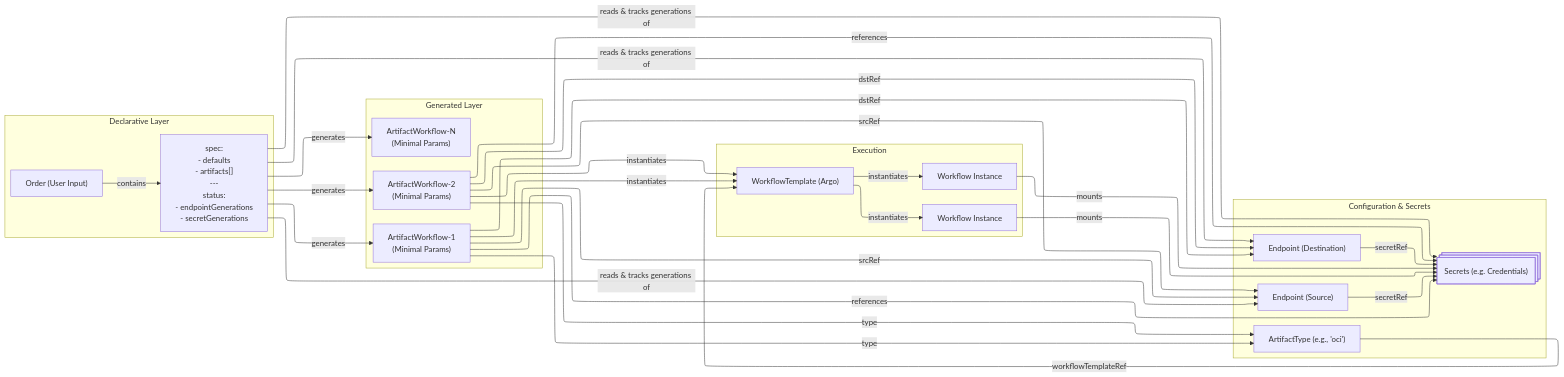
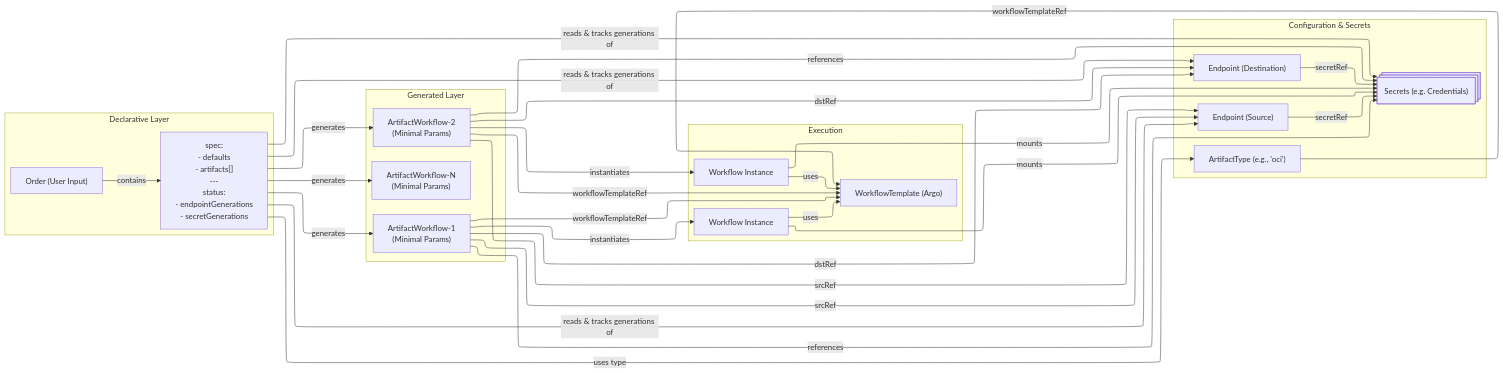
The diagram in docs/developer-guide/adrs/001-ARC-Architecture.md (opendefensecloud/artifact-conduit), drawn with Mermaid before and after one commit. The commit also changed 4 other files, not shown here.

````diff
--- a/docs/developer-guide/adrs/001-ARC-Architecture.md
+++ b/docs/developer-guide/adrs/001-ARC-Architecture.md
@@ -99,48 +99,49 @@
 ```mermaid
 ---
 config:
   layout: elk
 ---
 flowchart LR
  subgraph subGraph0["Declarative Layer"]
         Order["Order (User Input)"]
         Spec["spec:<br>- defaults<br>- artifacts[]<br>--- <br>status:<br>- endpointGenerations<br>- secretGenerations"]
   end
  subgraph subGraph1["Generated Layer"]
         ArtifactWorkflow1["ArtifactWorkflow-1<br>(Minimal Params)"]
         ArtifactWorkflow2["ArtifactWorkflow-2<br>(Minimal Params)"]
         ArtifactWorkflowN["ArtifactWorkflow-N<br>(Minimal Params)"]
   end
  subgraph Configuration["Configuration & Secrets"]
         ArtifactTypeDef@{ label: "ArtifactType (e.g., 'oci')" }
         EndpointSrc["Endpoint (Source)"]
         EndpointDst["Endpoint (Destination)"]
         EndpointSecret@{ shape: procs, label: "Secrets (e.g. Credentials)"}
   end
  subgraph Execution["Execution"]
         WorkflowTemplate["WorkflowTemplate (Argo)"]
         WorkflowInstance1["Workflow Instance"]
         WorkflowInstance2["Workflow Instance"]
   end
     Order -- contains --> Spec
     Spec -- generates --> ArtifactWorkflow1 & ArtifactWorkflow2 & ArtifactWorkflowN
+    Spec -- uses type --> ArtifactTypeDef
     Spec -- reads & tracks generations of --> EndpointSrc & EndpointDst & EndpointSecret
-    ArtifactWorkflow1 -- type --> ArtifactTypeDef
-    ArtifactWorkflow2 -- type --> ArtifactTypeDef
+    ArtifactWorkflow1 -- workflowTemplateRef --> WorkflowTemplate
+    ArtifactWorkflow2 -- workflowTemplateRef --> WorkflowTemplate
     ArtifactWorkflow1 -- srcRef --> EndpointSrc
     ArtifactWorkflow2 -- srcRef --> EndpointSrc
     ArtifactWorkflow1 -- dstRef --> EndpointDst
     ArtifactWorkflow2 -- dstRef --> EndpointDst
     EndpointSrc -- secretRef --> EndpointSecret
     EndpointDst -- secretRef --> EndpointSecret
     ArtifactTypeDef -- workflowTemplateRef --> WorkflowTemplate
     ArtifactWorkflow1 -- references --> EndpointSecret
     ArtifactWorkflow2 -- references --> EndpointSecret
-    ArtifactWorkflow1 -- instantiates --> WorkflowTemplate
-    ArtifactWorkflow2 -- instantiates --> WorkflowTemplate
-    WorkflowTemplate -- instantiates --> WorkflowInstance1 & WorkflowInstance2
+    ArtifactWorkflow1 -- instantiates --> WorkflowInstance1
+    ArtifactWorkflow2 -- instantiates --> WorkflowInstance2
+    WorkflowInstance1 & WorkflowInstance2 -- uses --> WorkflowTemplate
     WorkflowInstance1 -- mounts --> EndpointSecret
     WorkflowInstance2 -- mounts --> EndpointSecret
 
     ArtifactTypeDef@{ shape: rect}
 ```
````
